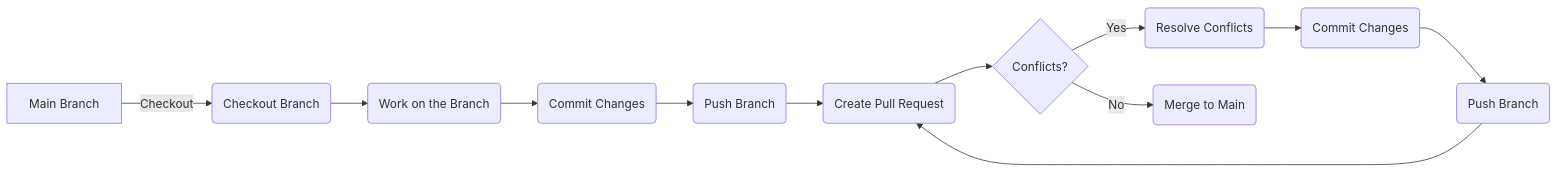
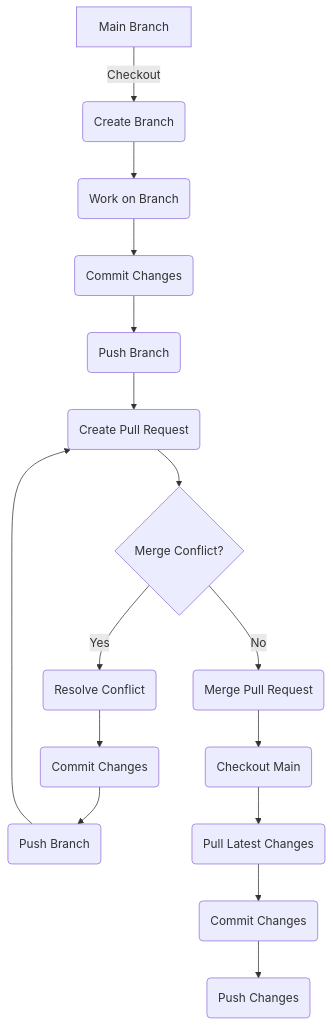
The diagram in GitKraken-Compendium/docs/diagrams/Merge-Conflict-Resolution.mmd (AnthonyByansi/GitKraken-Compendium), drawn with Mermaid before and after one commit.

```diff
--- a/GitKraken-Compendium/docs/diagrams/Merge-Conflict-Resolution.mmd
+++ b/GitKraken-Compendium/docs/diagrams/Merge-Conflict-Resolution.mmd
@@ -1,12 +1,17 @@
-graph LR
-  A[Main Branch] -- Checkout --> B(Checkout Branch)
-  B --> C(Work on the Branch)
+
+graph TD
+  A[Main Branch] -- Checkout --> B(Create Branch)
+  B --> C(Work on Branch)
   C --> D(Commit Changes)
   D --> E(Push Branch)
   E --> F(Create Pull Request)
-  F --> G{Conflicts?}
-  G -- Yes --> H(Resolve Conflicts)
+  F --> G{Merge Conflict?}
+  G -- Yes --> H(Resolve Conflict)
   H --> I(Commit Changes)
   I --> J(Push Branch)
   J --> F
-  G -- No --> K(Merge to Main)
+  G -- No --> K(Merge Pull Request)
+  K --> L(Checkout Main)
+  L --> M(Pull Latest Changes)
+  M --> N(Commit Changes)
+  N --> O(Push Changes)
```
